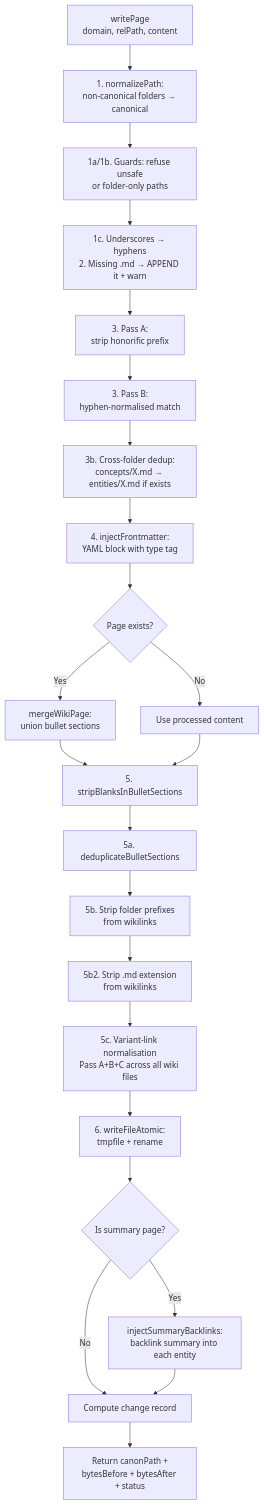
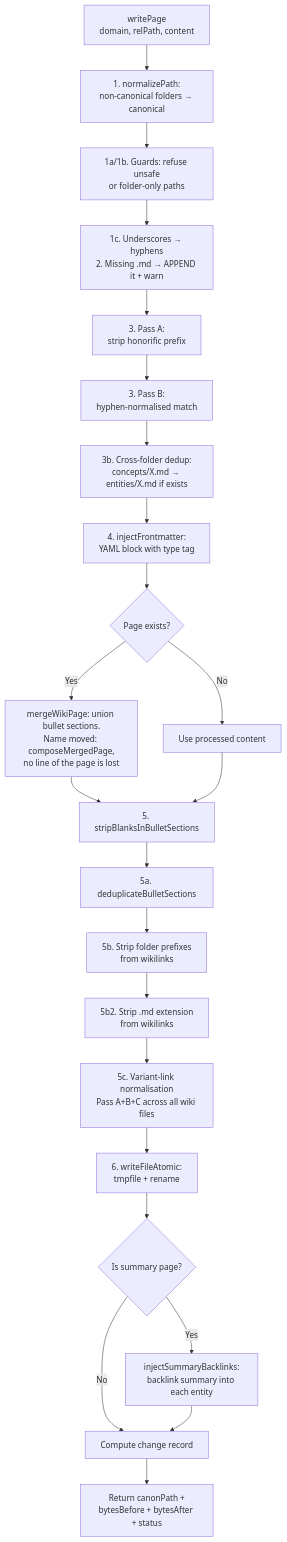
Before and after one commit to talirezun/the-curator: the fourth of 7 diagrams in docs/ingestion-pipeline.md, drawn with Mermaid. The commit also changed other lines of this file and 11 other files, not shown here.

````diff
--- a/docs/ingestion-pipeline.md
+++ b/docs/ingestion-pipeline.md
@@ -221,26 +221,26 @@
 ```mermaid
 flowchart TD
     A[writePage<br/>domain, relPath, content] --> B[1. normalizePath:<br/>non-canonical folders → canonical]
     B --> C[1a/1b. Guards: refuse unsafe<br/>or folder-only paths]
     C --> D[1c. Underscores → hyphens<br/>2. Missing .md → APPEND it + warn]
     D --> E[3. Pass A:<br/>strip honorific prefix]
     E --> F[3. Pass B:<br/>hyphen-normalised match]
     F --> G[3b. Cross-folder dedup:<br/>concepts/X.md → entities/X.md if exists]
     G --> H[4. injectFrontmatter:<br/>YAML block with type tag]
     H --> I{Page exists?}
-    I -- Yes --> J[mergeWikiPage:<br/>union bullet sections]
+    I -- Yes --> J[mergeWikiPage: union bullet sections.<br/>Name moved: composeMergedPage,<br/>no line of the page is lost]
     I -- No --> K[Use processed content]
     J --> L
     K --> L
     L[5. stripBlanksInBulletSections]
     L --> M[5a. deduplicateBulletSections]
     M --> N[5b. Strip folder prefixes<br/>from wikilinks]
     N --> N2[5b2. Strip .md extension<br/>from wikilinks]
     N2 --> O[5c. Variant-link normalisation<br/>Pass A+B+C across all wiki files]
     O --> P[6. writeFileAtomic:<br/>tmpfile + rename]
     P --> Q{Is summary page?}
     Q -- Yes --> R[injectSummaryBacklinks:<br/>backlink summary into each entity]
     Q -- No --> S[Compute change record]
     R --> S
     S --> T[Return canonPath +<br/>bytesBefore + bytesAfter + status]
 ```
````
